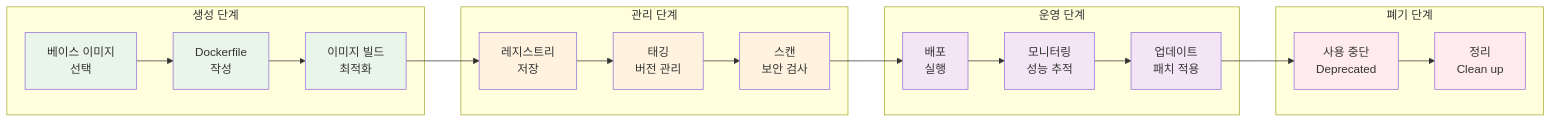
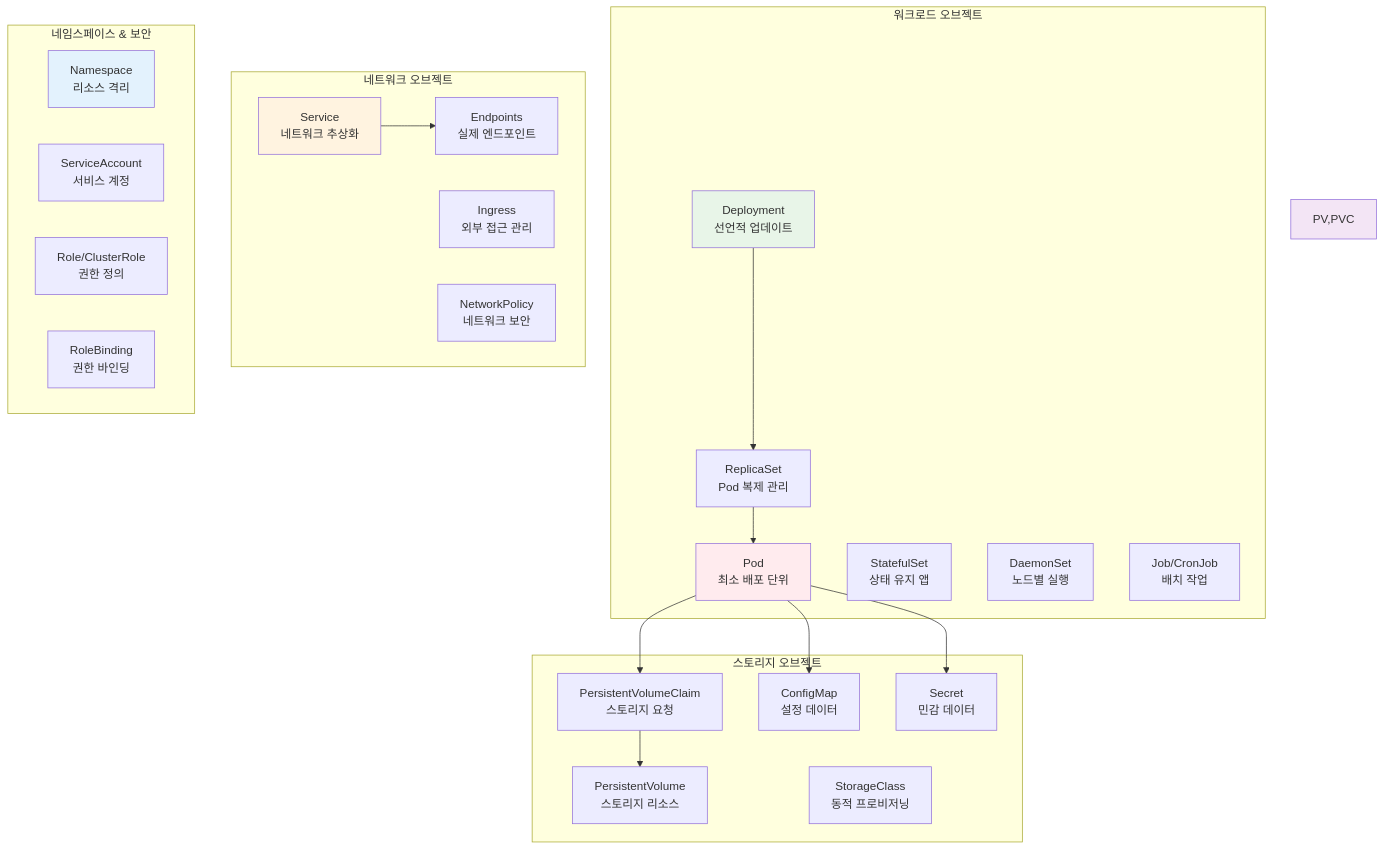
Before and after one commit to niceguy61/kdt_devops_lecture_2025: the third of 5 diagrams in theory/week_02/day4/session_2.md, drawn with Mermaid. The commit also changed other lines of this file and 70 other files, not shown here.

````diff
--- a/theory/week_02/day4/session_2.md
+++ b/theory/week_02/day4/session_2.md
@@ -82,37 +146,47 @@
 ```mermaid
-graph LR
-    subgraph "생성 단계"
-        A[베이스 이미지<br/>선택] --> B[Dockerfile<br/>작성]
-        B --> C[이미지 빌드<br/>최적화]
+graph TB
+    subgraph "워크로드 오브젝트"
+        POD[Pod<br/>최소 배포 단위]
+        RS[ReplicaSet<br/>Pod 복제 관리]
+        DEPLOY[Deployment<br/>선언적 업데이트]
+        STS[StatefulSet<br/>상태 유지 앱]
+        DS[DaemonSet<br/>노드별 실행]
+        JOB[Job/CronJob<br/>배치 작업]
     end
     
-    subgraph "관리 단계"
-        D[레지스트리<br/>저장] --> E[태깅<br/>버전 관리]
-        E --> F[스캔<br/>보안 검사]
+    subgraph "네트워크 오브젝트"
+        SVC[Service<br/>네트워크 추상화]
+        EP[Endpoints<br/>실제 엔드포인트]
+        ING[Ingress<br/>외부 접근 관리]
+        NP[NetworkPolicy<br/>네트워크 보안]
     end
     
-    subgraph "운영 단계"
-        G[배포<br/>실행] --> H[모니터링<br/>성능 추적]
-        H --> I[업데이트<br/>패치 적용]
+    subgraph "스토리지 오브젝트"
+        PV[PersistentVolume<br/>스토리지 리소스]
+        PVC[PersistentVolumeClaim<br/>스토리지 요청]
+        SC[StorageClass<br/>동적 프로비저닝]
+        CM[ConfigMap<br/>설정 데이터]
+        SECRET[Secret<br/>민감 데이터]
     end
     
-    subgraph "폐기 단계"
-        J[사용 중단<br/>Deprecated] --> K[정리<br/>Clean up]
+    subgraph "네임스페이스 & 보안"
+        NS[Namespace<br/>리소스 격리]
+        SA[ServiceAccount<br/>서비스 계정]
+        ROLE[Role/ClusterRole<br/>권한 정의]
+        RB[RoleBinding<br/>권한 바인딩]
     end
     
-    C --> D
-    F --> G
-    I --> J
+    DEPLOY --> RS
+    RS --> POD
+    SVC --> EP
+    POD --> PVC
+    PVC --> PV
+    POD --> CM
+    POD --> SECRET
     
-    style A fill:#e8f5e8
-    style B fill:#e8f5e8
-    style C fill:#e8f5e8
-    style D fill:#fff3e0
-    style E fill:#fff3e0
-    style F fill:#fff3e0
-    style G fill:#f3e5f5
-    style H fill:#f3e5f5
-    style I fill:#f3e5f5
-    style J fill:#ffebee
-    style K fill:#ffebee
+    style POD fill:#ffebee
+    style DEPLOY fill:#e8f5e8
+    style SVC fill:#fff3e0
+    style PV,PVC fill:#f3e5f5
+    style NS fill:#e3f2fd
 ```
````
